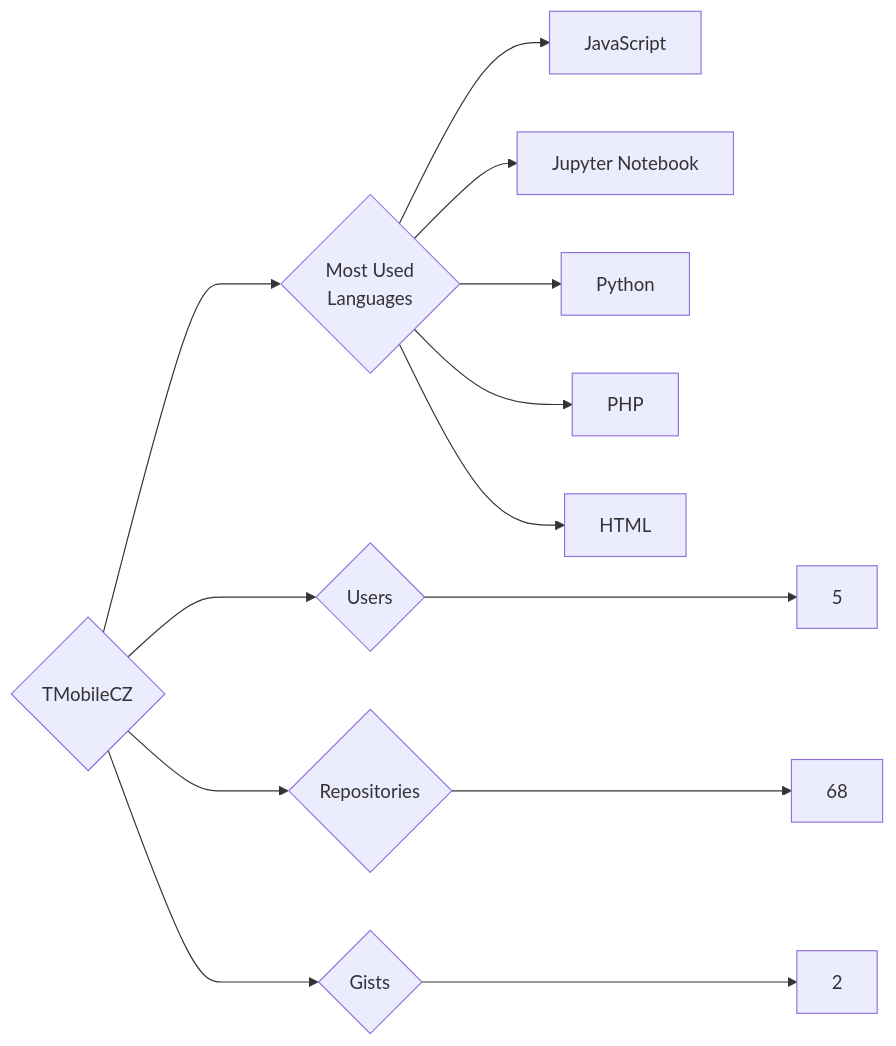
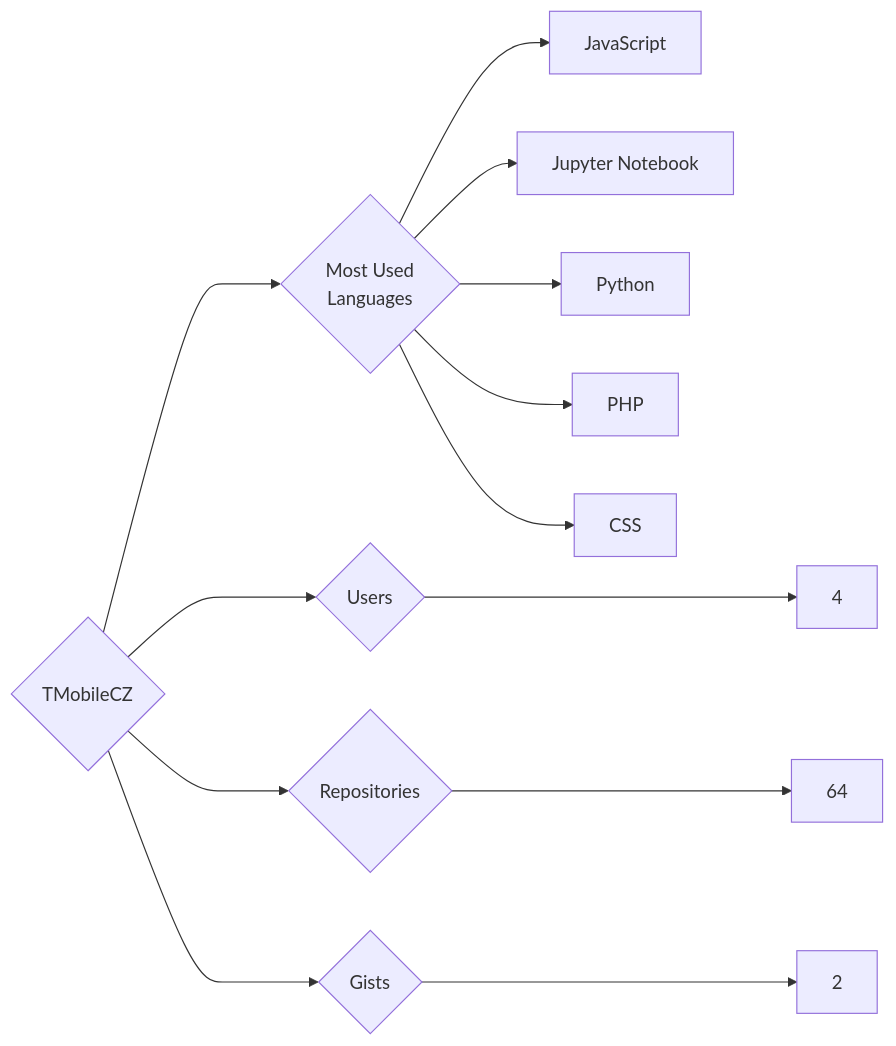
One commit to trickest/insiders changed the diagram in targets/TMobileCZ/README.md. Above: the diagram before and after it, drawn with Mermaid. The commit also changed 1248 other files, not shown here.

````diff
--- a/targets/TMobileCZ/README.md
+++ b/targets/TMobileCZ/README.md
@@ -3,13 +3,13 @@
 ```mermaid
 graph LR
 COMPANY_NAME{TMobileCZ}
-COMPANY_NAME ---> U{Users} ---> UN[5]
-COMPANY_NAME ---> R{Repositories} ---> RN[68]
+COMPANY_NAME ---> U{Users} ---> UN[4]
+COMPANY_NAME ---> R{Repositories} ---> RN[64]
 COMPANY_NAME ---> G{Gists} ---> GN[2]
 COMPANY_NAME ---> ML{Most Used<br>Languages}
 ML --> JavaScript[JavaScript]
 ML --> Jupyter_Notebook[Jupyter Notebook]
 ML --> Python[Python]
 ML --> PHP[PHP]
-ML --> HTML[HTML]
+ML --> CSS[CSS]
 ```
````
